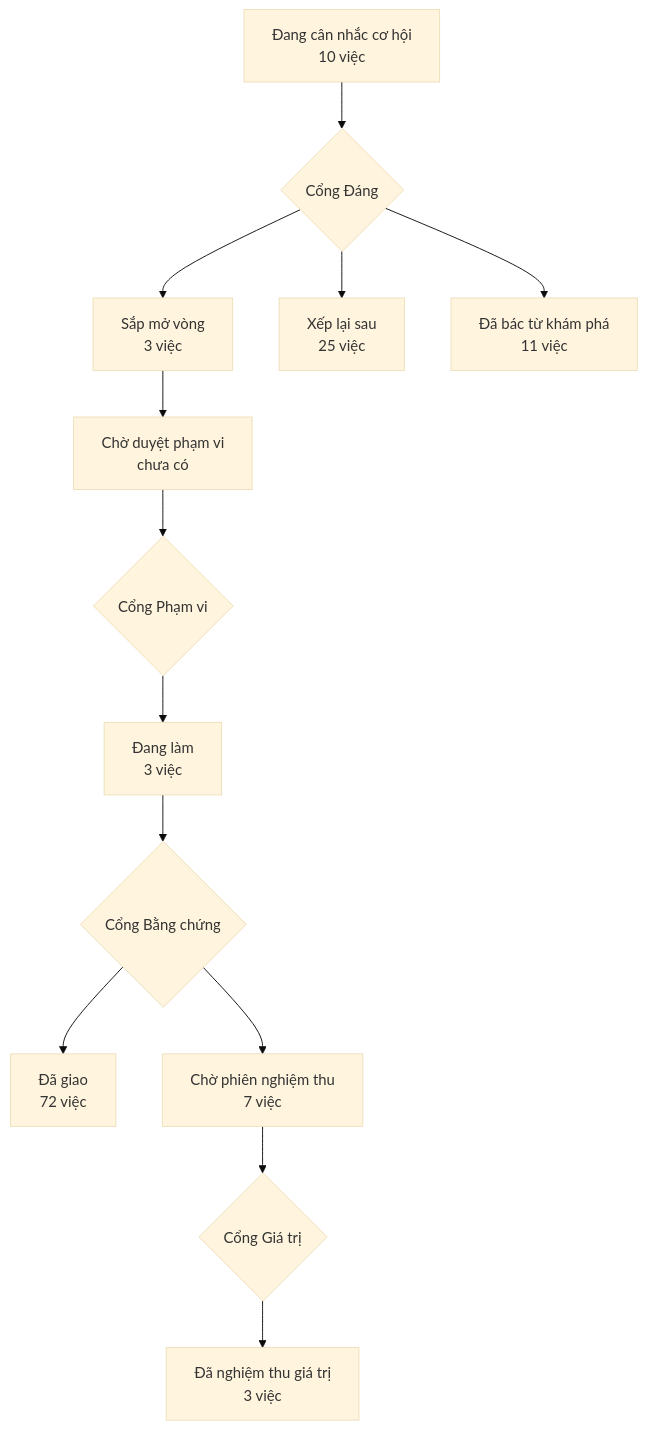
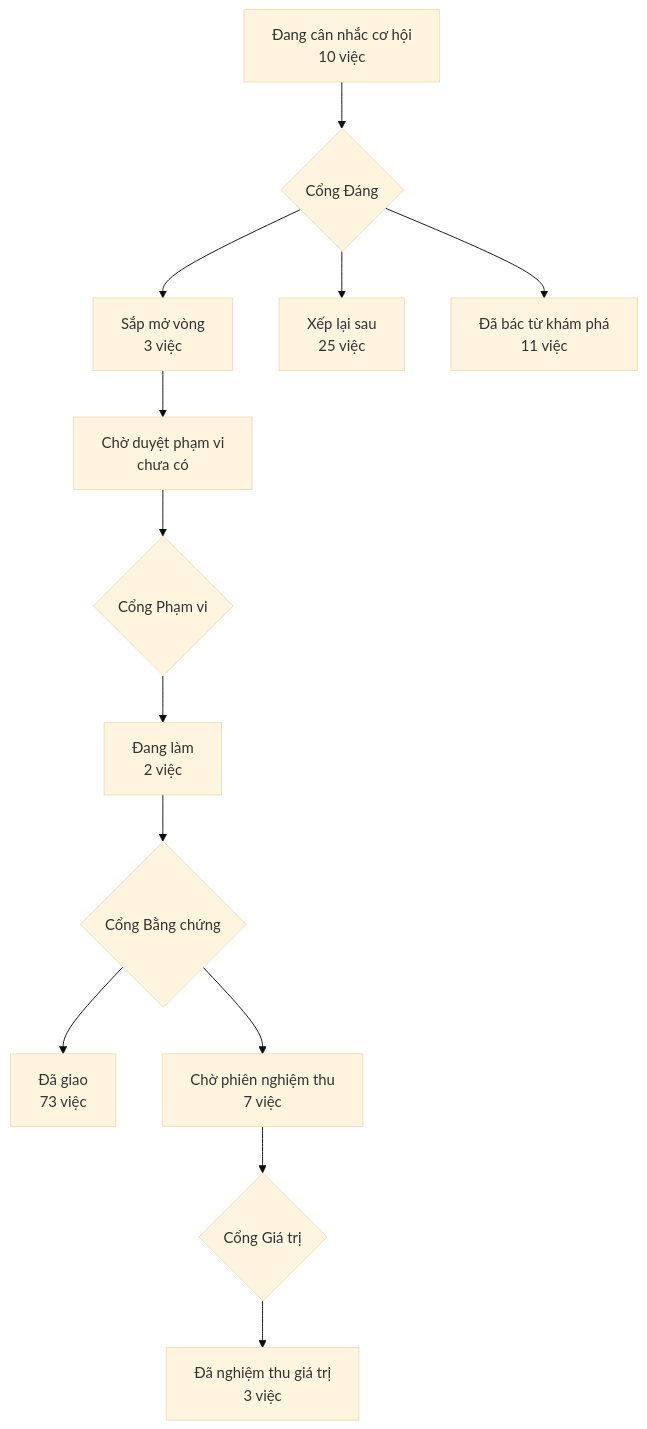
One commit to phanlemanh/acceptance-gate-kit changed the diagram in PRODUCT-MAP.md. Above: the diagram before and after it, drawn with Mermaid (base theme). The commit also changed 5 other files, not shown here.

````diff
--- a/PRODUCT-MAP.md
+++ b/PRODUCT-MAP.md
@@ -6,12 +6,12 @@
 ```mermaid
 flowchart TD
   A["Đang cân nhắc cơ hội<br/>10 việc"] --> GD{"Cổng Đáng"}
   GD --> B["Sắp mở vòng<br/>3 việc"]
   GD --> XL["Xếp lại sau<br/>25 việc"]
   GD --> DB["Đã bác từ khám phá<br/>11 việc"]
   B --> CD["Chờ duyệt phạm vi<br/>chưa có"] --> GP{"Cổng Phạm vi"}
-  GP --> DL["Đang làm<br/>3 việc"] --> GB{"Cổng Bằng chứng"}
-  GB --> DG["Đã giao<br/>72 việc"]
+  GP --> DL["Đang làm<br/>2 việc"] --> GB{"Cổng Bằng chứng"}
+  GB --> DG["Đã giao<br/>73 việc"]
   GB --> CN["Chờ phiên nghiệm thu<br/>7 việc"] --> GG{"Cổng Giá trị"}
   GG --> NT["Đã nghiệm thu giá trị<br/>3 việc"]
 ```
````
